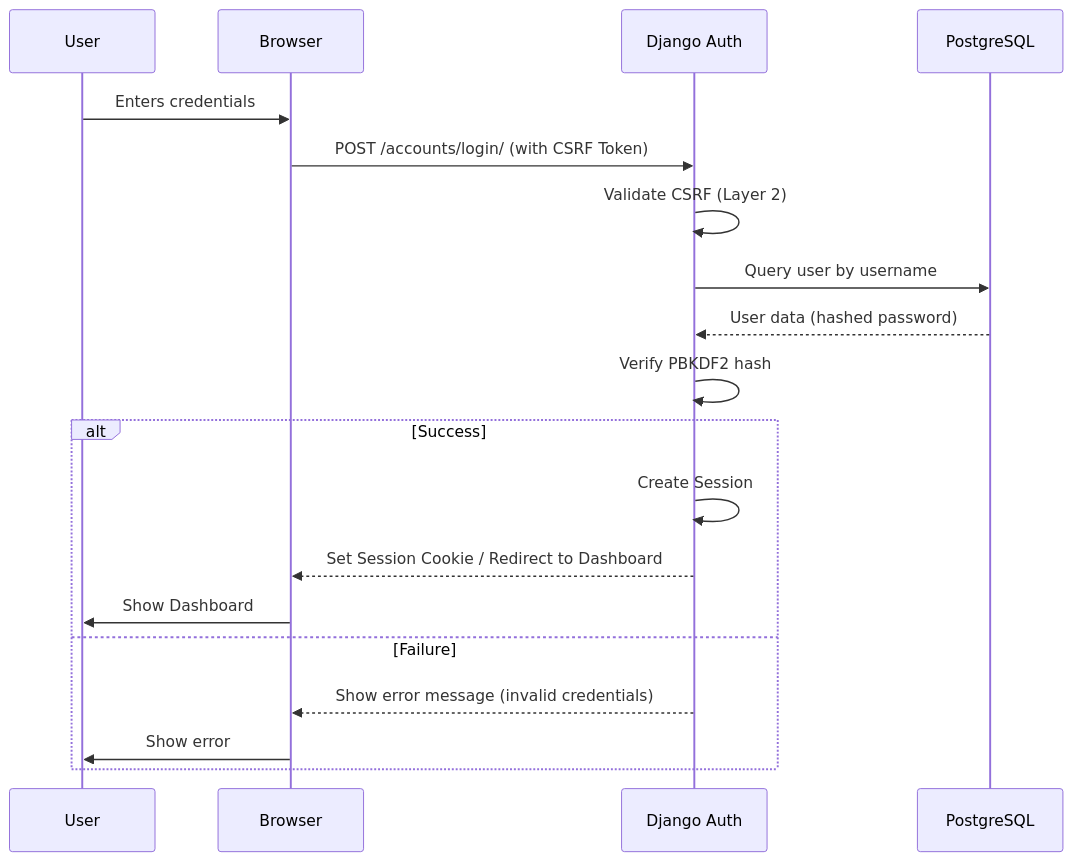
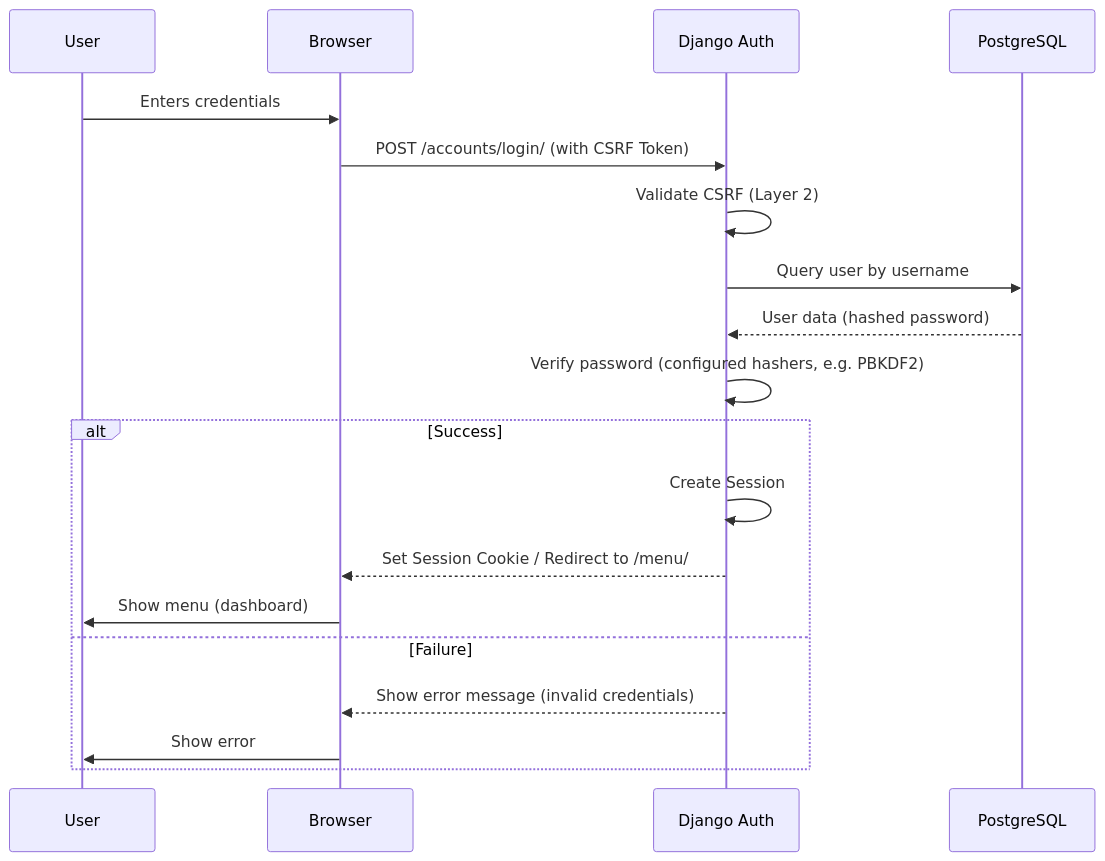
Before and after one commit to anibalrojosan/proggy-wallet: the first of 4 diagrams in docs/FLOWS.md, drawn with Mermaid. The commit also changed other lines of this file and 2 other files, not shown here.

First line of the commit message:
docs: align DATABASE, MODULES, and FLOWS with Phase 3 (#56)

````diff
--- a/docs/FLOWS.md
+++ b/docs/FLOWS.md
@@ -7,22 +9,22 @@
 ```mermaid
 sequenceDiagram
     participant User
     participant Browser
     participant Django as Django Auth
     participant DB as PostgreSQL
 
     User->>Browser: Enters credentials
     Browser->>Django: POST /accounts/login/ (with CSRF Token)
     Django->>Django: Validate CSRF (Layer 2)
     Django->>DB: Query user by username
     DB-->>Django: User data (hashed password)
-    Django->>Django: Verify PBKDF2 hash
+    Django->>Django: Verify password (configured hashers, e.g. PBKDF2)
     alt Success
         Django->>Django: Create Session
-        Django-->>Browser: Set Session Cookie / Redirect to Dashboard
-        Browser->>User: Show Dashboard
+        Django-->>Browser: Set Session Cookie / Redirect to /menu/
+        Browser->>User: Show menu (dashboard)
     else Failure
         Django-->>Browser: Show error message (invalid credentials)
         Browser->>User: Show error
     end
 ```
````
